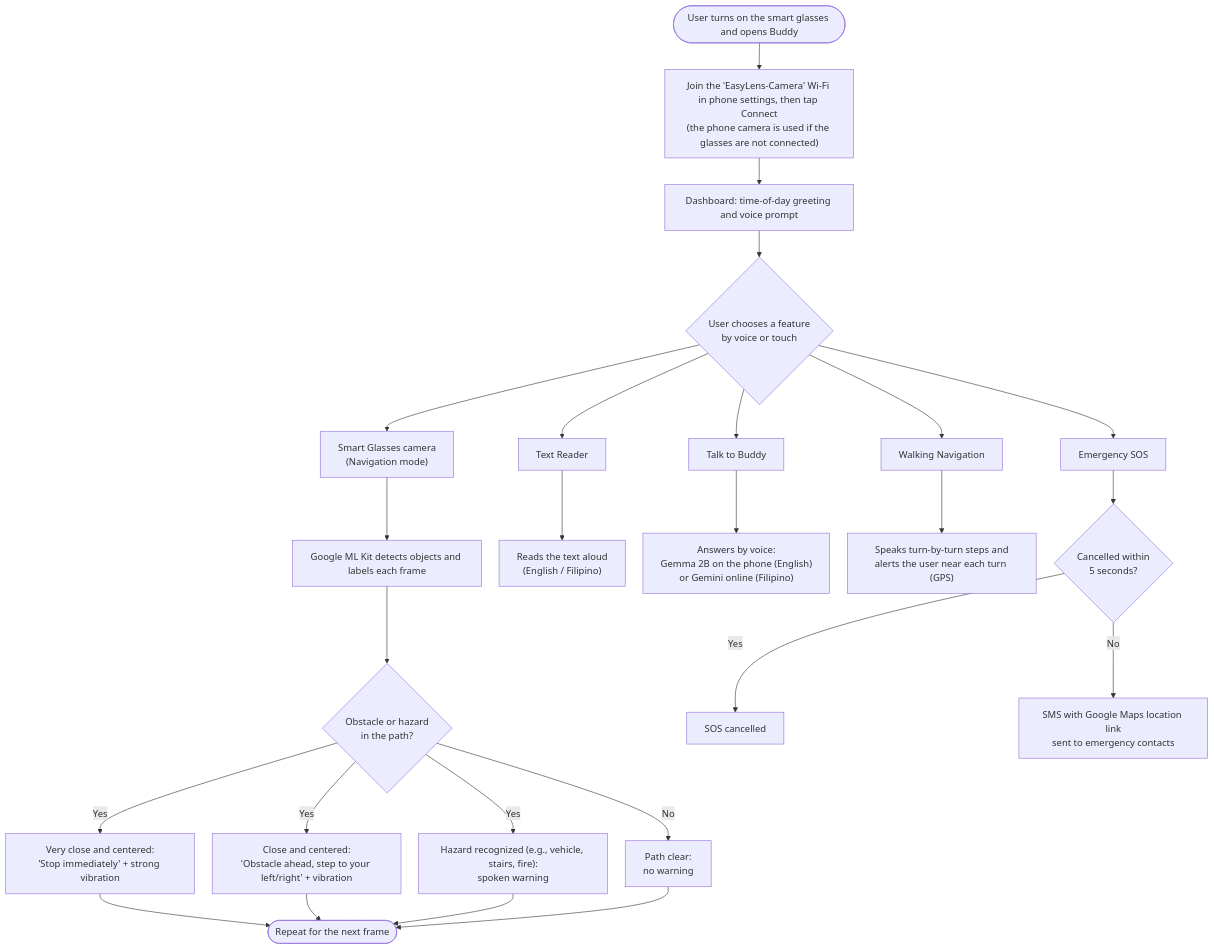
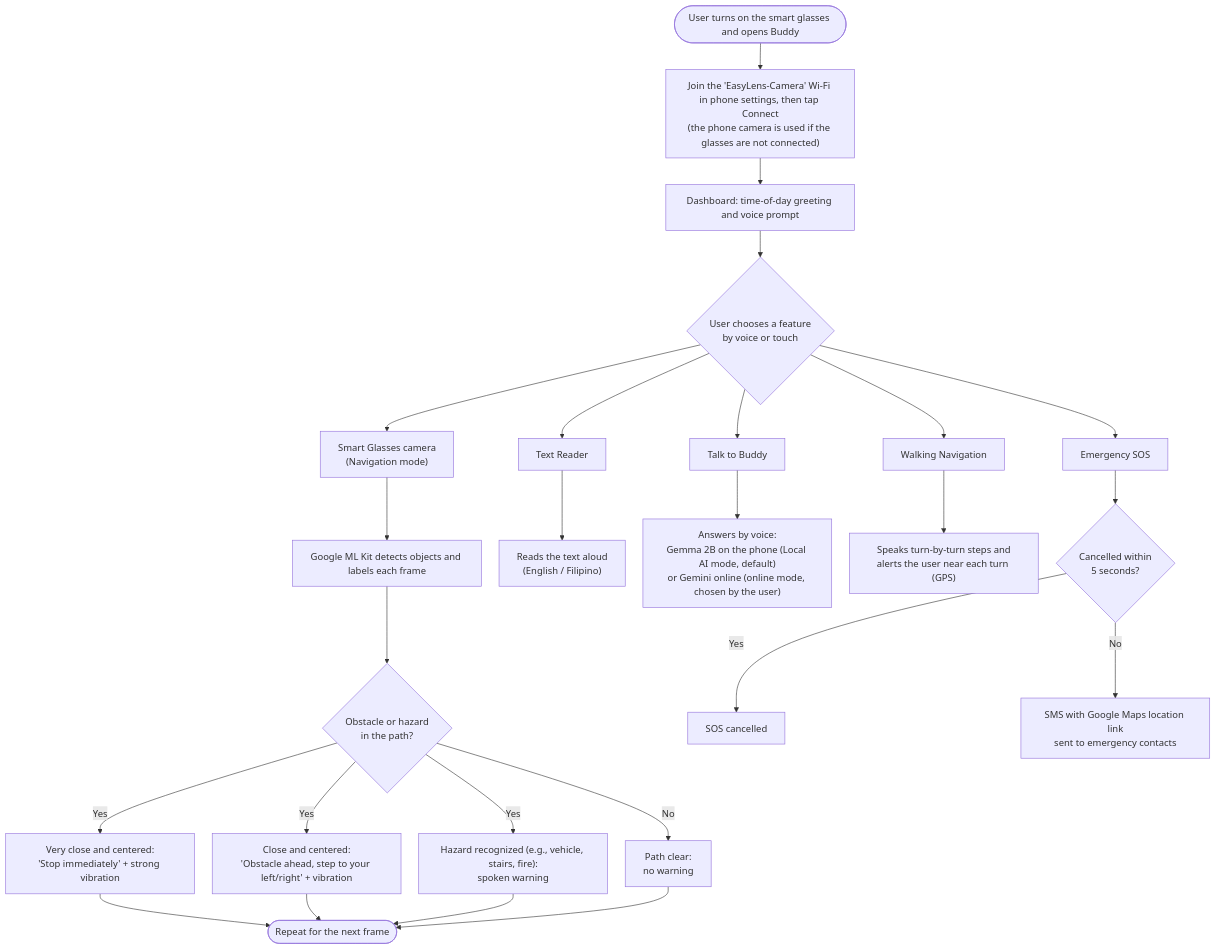
One commit to ciellamher/easylens changed the second of 2 diagrams in docs/figures/04_chapter_3_rad_and_user_journey.md. Above: the diagram before and after it, drawn with Mermaid. The commit also changed 3 other files, not shown here.

First line of the commit message:
docs(figures): show Buddy's Local AI / online mode choice in 3.6 and 3.7

````diff
--- a/docs/figures/04_chapter_3_rad_and_user_journey.md
+++ b/docs/figures/04_chapter_3_rad_and_user_journey.md
@@ -94,55 +94,55 @@
 ```mermaid
 %%{init: {"flowchart": {"wrappingWidth": 260, "nodeSpacing": 30, "rankSpacing": 45}}}%%
 flowchart TD
     START(["User turns on the smart glasses and opens Buddy"])
     WIFI["Join the 'EasyLens-Camera' Wi-Fi in phone settings, then tap Connect<br/>(the phone camera is used if the glasses are not connected)"]
     DASH["Dashboard: time-of-day greeting and voice prompt"]
     CHOICE{"User chooses a feature<br/>by voice or touch"}
 
     CAM["Smart Glasses camera<br/>(Navigation mode)"]
     OCR["Text Reader"]
     BUDDY["Talk to Buddy"]
     NAV["Walking Navigation"]
     SOS["Emergency SOS"]
 
     DETECT["Google ML Kit detects objects and labels each frame"]
     HAZ{"Obstacle or hazard<br/>in the path?"}
     STOP["Very close and centered:<br/>'Stop immediately' + strong vibration"]
     AVOID["Close and centered:<br/>'Obstacle ahead, step to your left/right' + vibration"]
     WARN["Hazard recognized (e.g., vehicle, stairs, fire):<br/>spoken warning"]
     CLEAR["Path clear:<br/>no warning"]
     REPEAT(["Repeat for the next frame"])
 
     OCR_OUT["Reads the text aloud<br/>(English / Filipino)"]
-    BUDDY_OUT["Answers by voice:<br/>Gemma 2B on the phone (English)<br/>or Gemini online (Filipino)"]
+    BUDDY_OUT["Answers by voice:<br/>Gemma 2B on the phone (Local AI mode, default)<br/>or Gemini online (online mode, chosen by the user)"]
     NAV_OUT["Speaks turn-by-turn steps and<br/>alerts the user near each turn (GPS)"]
 
     COUNT{"Cancelled within<br/>5 seconds?"}
     SOS_CANCEL["SOS cancelled"]
     SOS_SEND["SMS with Google Maps location link<br/>sent to emergency contacts"]
 
     START --> WIFI --> DASH --> CHOICE
     CHOICE --> CAM
     CHOICE --> OCR
     CHOICE --> BUDDY
     CHOICE --> NAV
     CHOICE --> SOS
 
     CAM --> DETECT --> HAZ
     HAZ -->|Yes| STOP
     HAZ -->|Yes| AVOID
     HAZ -->|Yes| WARN
     HAZ -->|No| CLEAR
     STOP --> REPEAT
     AVOID --> REPEAT
     WARN --> REPEAT
     CLEAR --> REPEAT
 
     OCR --> OCR_OUT
     BUDDY --> BUDDY_OUT
     NAV --> NAV_OUT
 
     SOS --> COUNT
     COUNT -->|Yes| SOS_CANCEL
     COUNT -->|No| SOS_SEND
 ```
````
